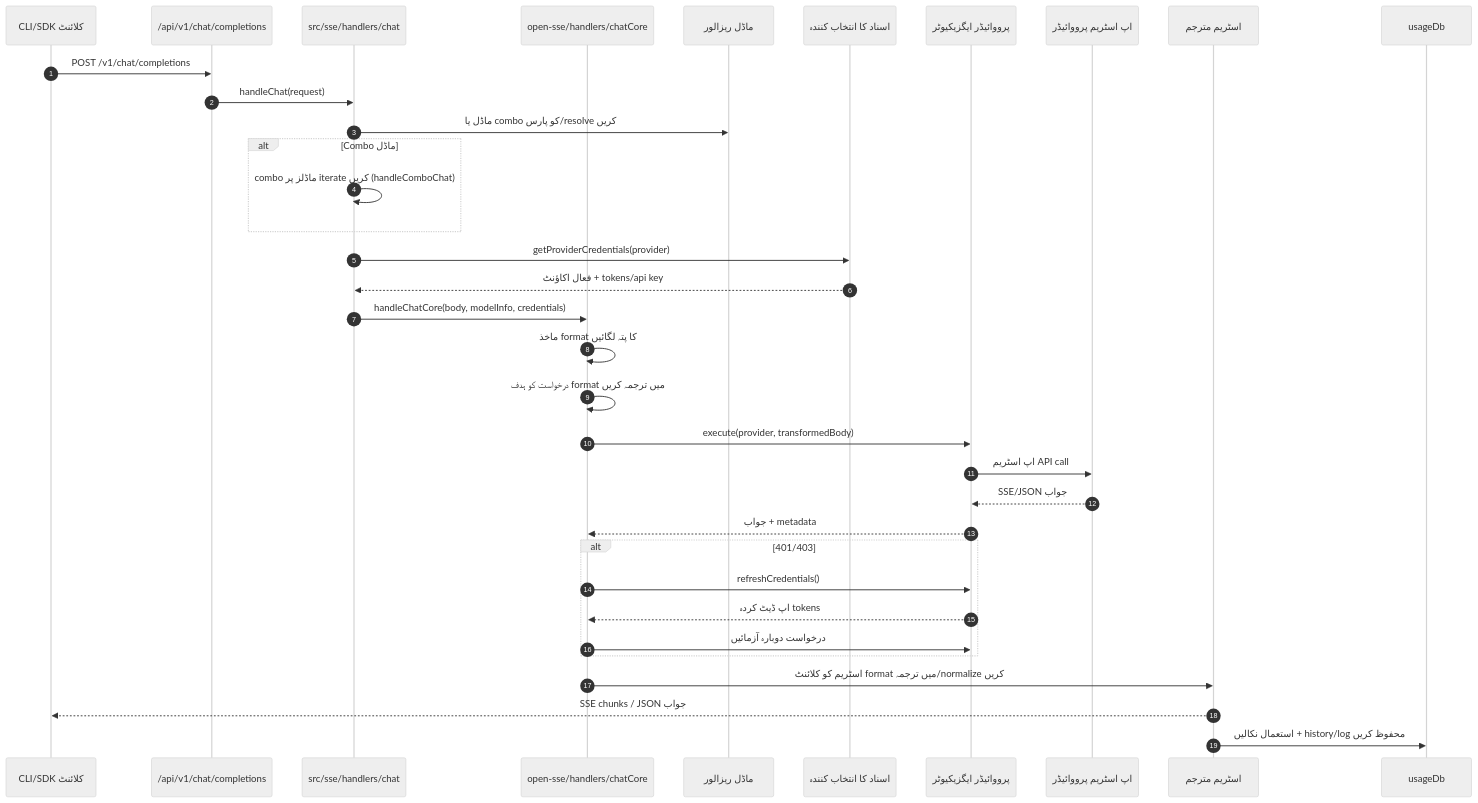
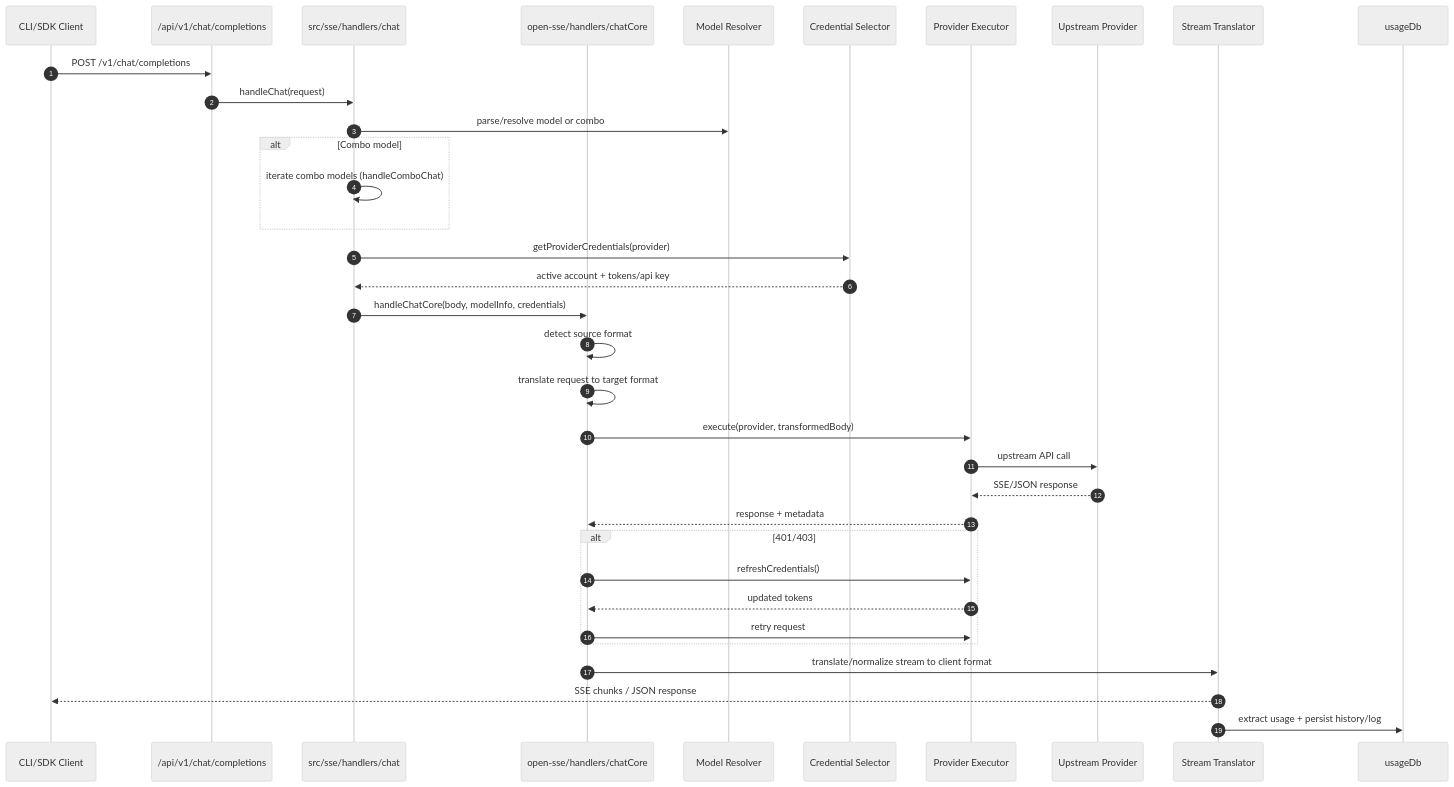
The second of 7 diagrams in docs/i18n/ur/docs/architecture/ARCHITECTURE.md (niyatna/NiyatnaRoute), drawn with Mermaid (neutral theme) before and after one commit. The commit also changed other lines of this file and 2447 other files, not shown here.

````diff
--- a/docs/i18n/ur/docs/architecture/ARCHITECTURE.md
+++ b/docs/i18n/ur/docs/architecture/ARCHITECTURE.md
@@ -556,44 +330,44 @@
 ```mermaid
 sequenceDiagram
     autonumber
-    participant Client as CLI/SDK کلائنٹ
+    participant Client as CLI/SDK Client
     participant Route as /api/v1/chat/completions
     participant Chat as src/sse/handlers/chat
     participant Core as open-sse/handlers/chatCore
-    participant Model as ماڈل ریزالور
-    participant Auth as اسناد کا انتخاب کنندہ
-    participant Exec as پرووائیڈر ایگزیکیوٹر
-    participant Prov as اپ اسٹریم پرووائیڈر
-    participant Stream as اسٹریم مترجم
+    participant Model as Model Resolver
+    participant Auth as Credential Selector
+    participant Exec as Provider Executor
+    participant Prov as Upstream Provider
+    participant Stream as Stream Translator
     participant Usage as usageDb
 
     Client->>Route: POST /v1/chat/completions
     Route->>Chat: handleChat(request)
-    Chat->>Model: ماڈل یا combo کو پارس/resolve کریں
+    Chat->>Model: parse/resolve model or combo
 
-    alt Combo ماڈل
-        Chat->>Chat: combo ماڈلز پر iterate کریں (handleComboChat)
+    alt Combo model
+        Chat->>Chat: iterate combo models (handleComboChat)
     end
 
     Chat->>Auth: getProviderCredentials(provider)
-    Auth-->>Chat: فعال اکاؤنٹ + tokens/api key
+    Auth-->>Chat: active account + tokens/api key
 
     Chat->>Core: handleChatCore(body, modelInfo, credentials)
-    Core->>Core: ماخذ format کا پتہ لگائیں
-    Core->>Core: درخواست کو ہدف format میں ترجمہ کریں
+    Core->>Core: detect source format
+    Core->>Core: translate request to target format
     Core->>Exec: execute(provider, transformedBody)
-    Exec->>Prov: اپ اسٹریم API call
-    Prov-->>Exec: SSE/JSON جواب
-    Exec-->>Core: جواب + metadata
+    Exec->>Prov: upstream API call
+    Prov-->>Exec: SSE/JSON response
+    Exec-->>Core: response + metadata
 
     alt 401/403
         Core->>Exec: refreshCredentials()
-        Exec-->>Core: اپ ڈیٹ کردہ tokens
-        Core->>Exec: درخواست دوبارہ آزمائیں
+        Exec-->>Core: updated tokens
+        Core->>Exec: retry request
     end
 
-    Core->>Stream: اسٹریم کو کلائنٹ format میں ترجمہ/normalize کریں
-    Stream-->>Client: SSE chunks / JSON جواب
+    Core->>Stream: translate/normalize stream to client format
+    Stream-->>Client: SSE chunks / JSON response
 
-    Stream->>Usage: استعمال نکالیں + history/log محفوظ کریں
+    Stream->>Usage: extract usage + persist history/log
 ```
````
